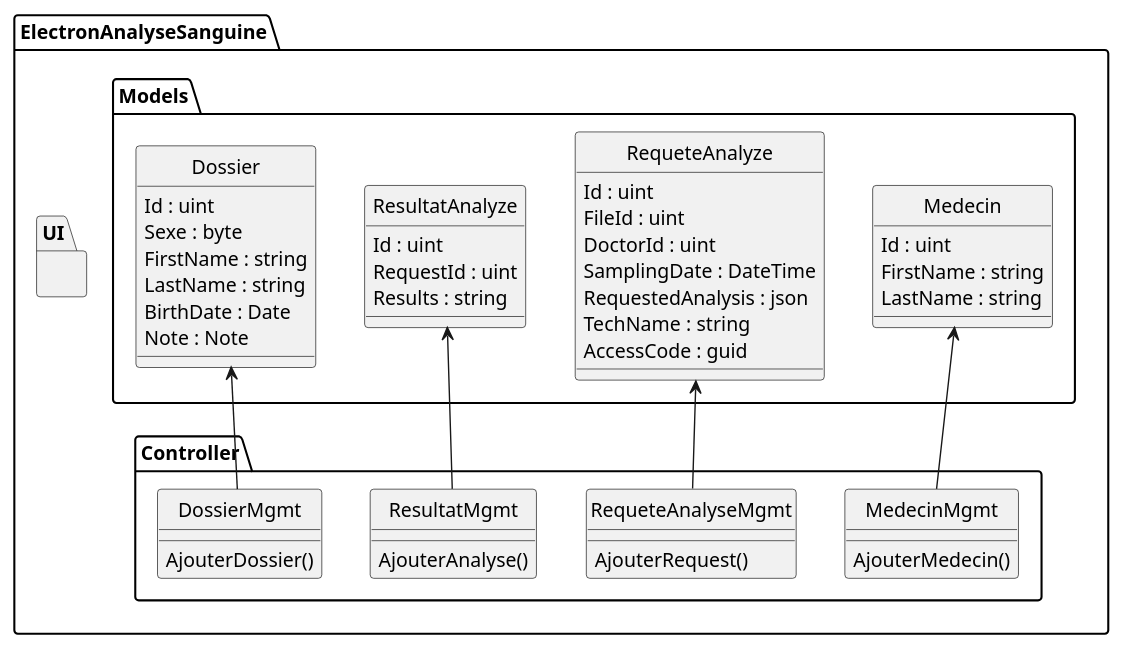
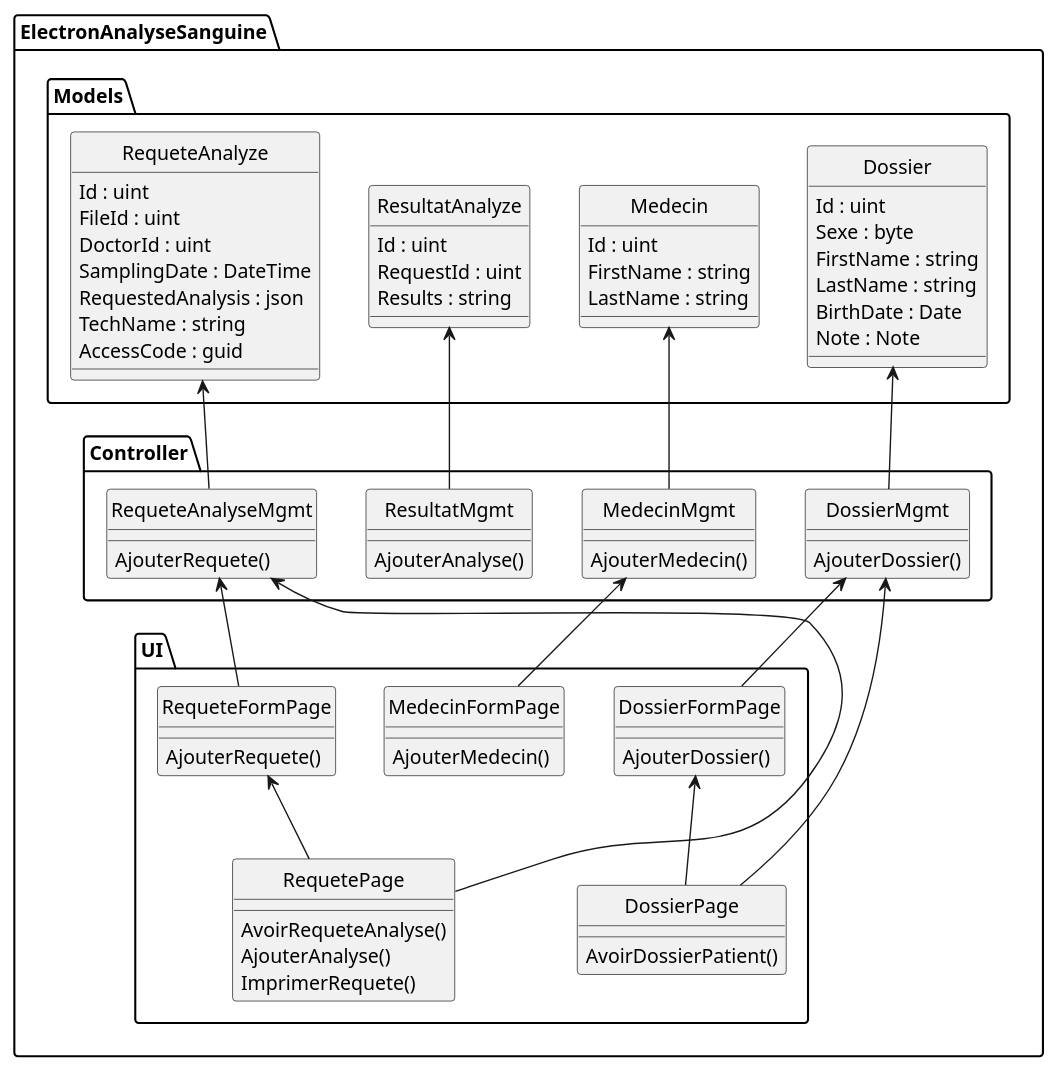
One commit to MainKarl/Rooftop changed the diagram in Docs/Analyse_Sanguine/2_Solution/Details.md. Above: the diagram before and after it, drawn with PlantUML. The commit also changed 2 other files, not shown here.

Commit message:
Continuation de 2_Solution

````diff
--- a/Docs/Analyse_Sanguine/2_Solution/Details.md
+++ b/Docs/Analyse_Sanguine/2_Solution/Details.md
@@ -5,7 +5,29 @@
 hide circle
 package ElectronAnalyseSanguine {
     package UI {
-        
+        class MedecinFormPage {
+            AjouterMedecin()
+        }
+
+        class RequetePage {
+            AvoirRequeteAnalyse()
+            AjouterAnalyse()
+            ImprimerRequete()
+        }
+
+        class RequeteFormPage {
+            AjouterRequete()
+        }
+
+        class DossierPage {
+            AvoirDossierPatient()
+        }
+
+        class DossierFormPage {
+            AjouterDossier()
+        }
+
+
     }
 
     package Controller {
@@ -14,7 +36,7 @@
         }
 
         class RequeteAnalyseMgmt {
-            AjouterRequest()
+            AjouterRequete()
         }
 
         class ResultatMgmt {
@@ -64,5 +86,14 @@
 ResultatAnalyze <-- ResultatMgmt
 RequeteAnalyze <-- RequeteAnalyseMgmt
 Dossier <-- DossierMgmt
+
+MedecinMgmt <-- MedecinFormPage
+DossierMgmt <-- DossierPage
+DossierMgmt <-- DossierFormPage
+RequeteAnalyseMgmt <-- RequeteFormPage
+RequeteAnalyseMgmt <-- RequetePage
+
+DossierFormPage <-- DossierPage
+RequeteFormPage <-- RequetePage
 @enduml
 ```
````
